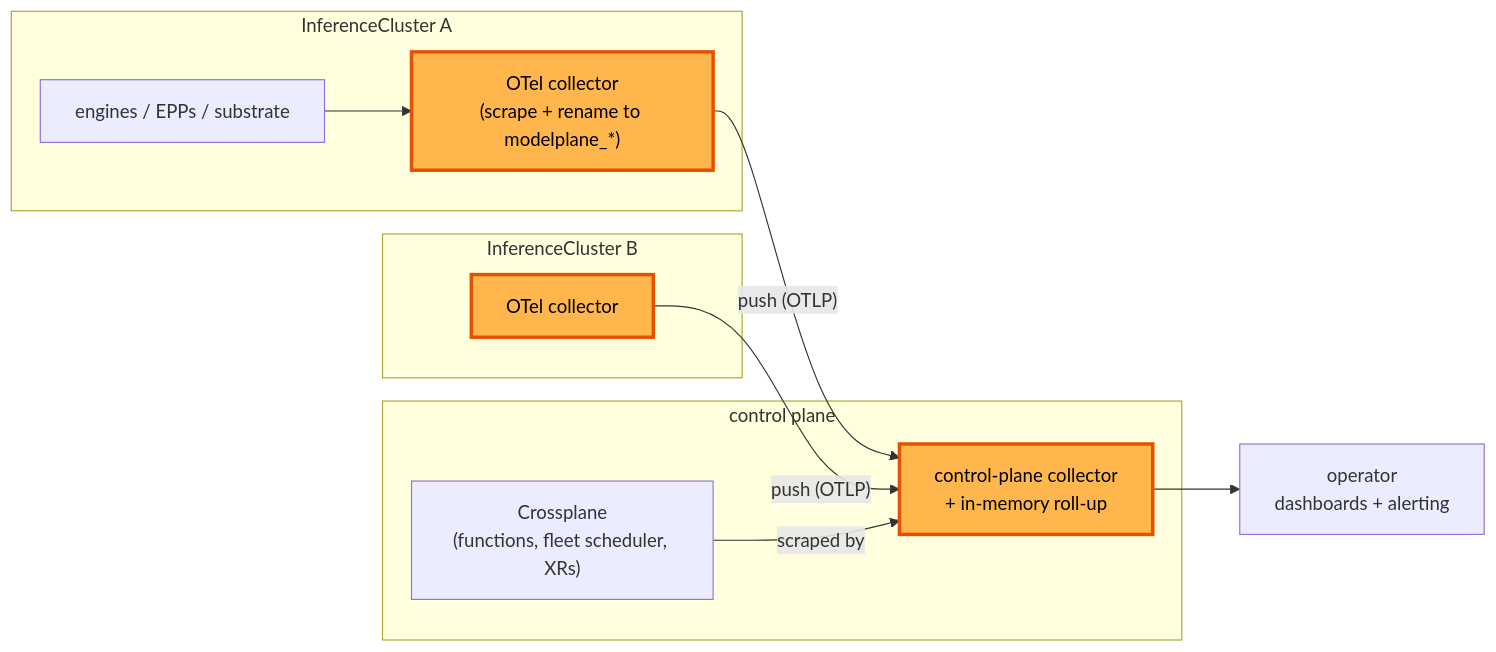
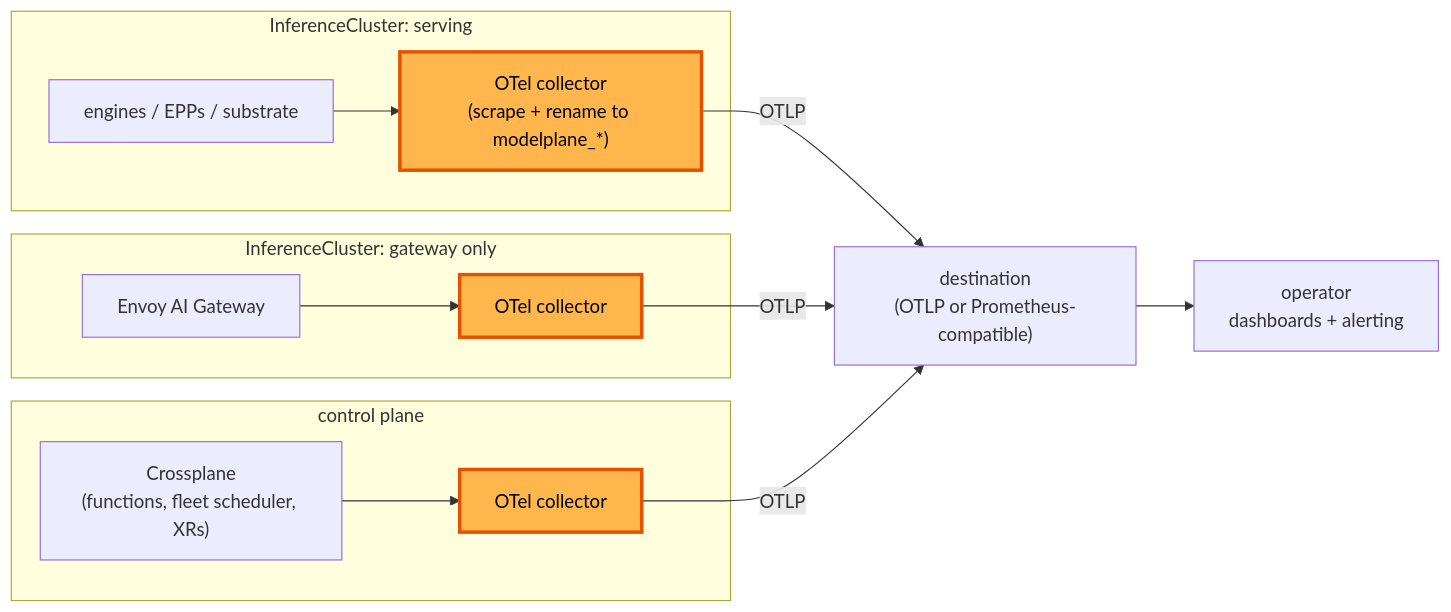
The diagram in design/metrics.md (dennis-upbound/modelplane), drawn with Mermaid before and after one commit. The commit also changed other lines of this file, not shown here.

First line of the commit message:
Export to the destination directly, and collect from gateway-only clusters

````diff
--- a/design/metrics.md
+++ b/design/metrics.md
@@ -544,22 +552,26 @@
 ```mermaid
 flowchart LR
-    subgraph icA["InferenceCluster A"]
+    subgraph icA["InferenceCluster: serving"]
         SA["engines / EPPs / substrate"]
         CA["OTel collector\n(scrape + rename to modelplane_*)"]
     end
-    subgraph icB["InferenceCluster B"]
+    subgraph icB["InferenceCluster: gateway only"]
+        SB["Envoy AI Gateway"]
         CB["OTel collector"]
     end
     subgraph cp["control plane"]
         XP["Crossplane\n(functions, fleet scheduler, XRs)"]
-        CENT["control-plane collector\n+ in-memory roll-up"]
+        CC["OTel collector"]
     end
+    DEST["destination\n(OTLP or Prometheus-compatible)"]
     OP["operator\ndashboards + alerting"]
     SA --> CA
-    CA -->|"push (OTLP)"| CENT
-    CB -->|"push (OTLP)"| CENT
-    XP -->|scraped by| CENT
-    CENT --> OP
+    SB --> CB
+    XP --> CC
+    CA -->|"OTLP"| DEST
+    CB -->|"OTLP"| DEST
+    CC -->|"OTLP"| DEST
+    DEST --> OP
     classDef new fill:#ffb74d,stroke:#e65100,stroke-width:3px,color:#000;
-    class CENT,CA,CB new
+    class CA,CB,CC new
 ```
````
